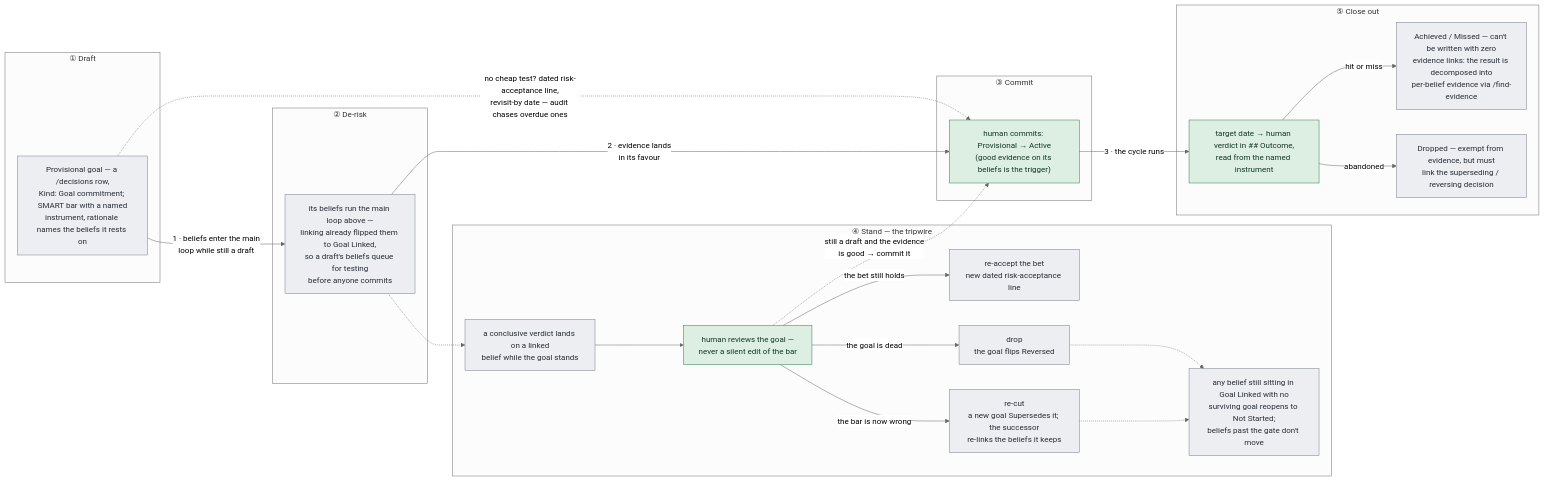
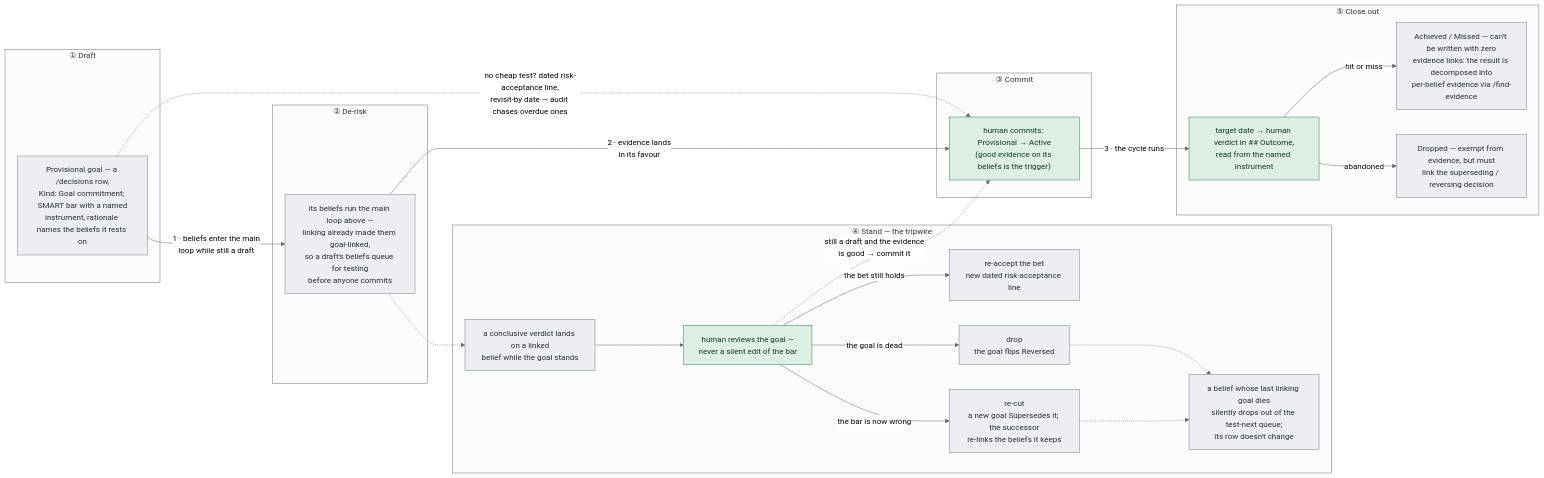
Before and after one commit to bfish1996/validation-os: the second of 3 diagrams in README.md, drawn with Mermaid (neutral theme). The commit also changed other lines of this file and 36 other files, not shown here.

````diff
--- a/README.md
+++ b/README.md
@@ -166,44 +166,44 @@
 ```mermaid
 flowchart LR
   classDef skill fill:#d7e3f7,stroke:#2456a6,color:#12294d
   classDef human fill:#dcefe2,stroke:#2e7d4f,color:#143722
   classDef record fill:#eceef1,stroke:#77808c,color:#272d35
 
   subgraph g1["① Draft"]
     P["Provisional goal — a /decisions row,<br>Kind: Goal commitment; SMART bar with a named<br>instrument, rationale names the beliefs it rests on"]:::record
   end
   subgraph g2["② De-risk"]
-    T["its beliefs run the main loop above —<br>linking already flipped them to Goal Linked,<br>so a draft's beliefs queue for testing<br>before anyone commits"]:::record
+    T["its beliefs run the main loop above —<br>linking already made them goal-linked,<br>so a draft's beliefs queue for testing<br>before anyone commits"]:::record
   end
   subgraph g3["③ Commit"]
     C["human commits: Provisional → Active<br>(good evidence on its beliefs is the trigger)"]:::human
   end
   subgraph g4["④ Stand — the tripwire"]
     W["a conclusive verdict lands on a linked<br>belief while the goal stands"]:::record
     REV["human reviews the goal —<br>never a silent edit of the bar"]:::human
     RA["re-accept the bet<br>new dated risk-acceptance line"]:::record
     RC["re-cut<br>a new goal Supersedes it; the successor<br>re-links the beliefs it keeps"]:::record
     DP["drop<br>the goal flips Reversed"]:::record
-    X["any belief still sitting in Goal Linked with no<br>surviving goal reopens to Not Started;<br>beliefs past the gate don't move"]:::record
+    X["a belief whose last linking goal dies<br>silently drops out of the test-next queue;<br>its row doesn't change"]:::record
   end
   subgraph g5["⑤ Close out"]
     O["target date → human verdict in ## Outcome,<br>read from the named instrument"]:::human
     AM["Achieved / Missed — can't be written with zero<br>evidence links: the result is decomposed into<br>per-belief evidence via /find-evidence"]:::record
     DR["Dropped — exempt from evidence, but must<br>link the superseding / reversing decision"]:::record
   end
 
   P -->|"1 · beliefs enter the main<br>loop while still a draft"| T
   T -->|"2 · evidence lands<br>in its favour"| C
   P -.->|"no cheap test? dated risk-acceptance line,<br>revisit-by date — audit chases overdue ones"| C
   C -->|"3 · the cycle runs"| O
   T -.-> W
   W --> REV
   REV -->|"the bet still holds"| RA
   REV -->|"the bar is now wrong"| RC
   REV -->|"the goal is dead"| DP
   REV -.->|"still a draft and the evidence<br>is good → commit it"| C
   RC -.-> X
   DP -.-> X
   O -->|"hit or miss"| AM
   O -->|"abandoned"| DR
 ```
````
